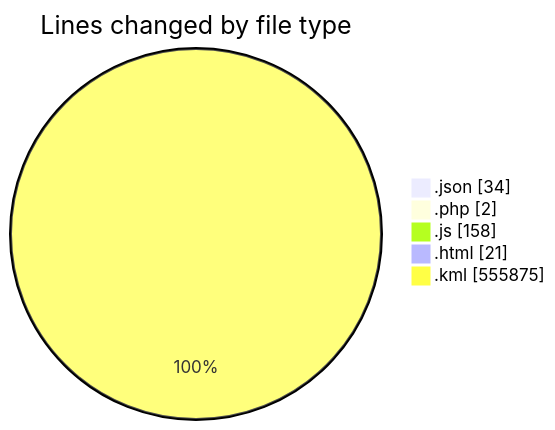
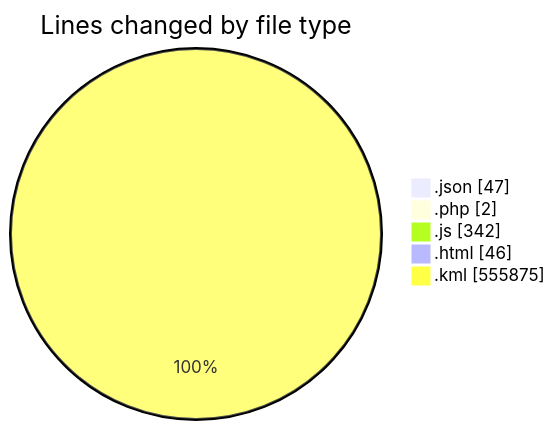
The first of 2 diagrams in 2025-03-27/kml/README.md (LanceThiago/code-tracking), drawn with Mermaid before and after one commit. The commit also changed other lines of this file and 1 other file, not shown here.

````diff
--- a/2025-03-27/kml/README.md
+++ b/2025-03-27/kml/README.md
@@ -26,9 +28,9 @@
 ```mermaid
 pie showData
 title Lines changed by file type
-".json" : 34
+".json" : 47
 ".php" : 2
-".js" : 158
-".html" : 21
+".js" : 342
+".html" : 46
 ".kml" : 555875
 ```
````
